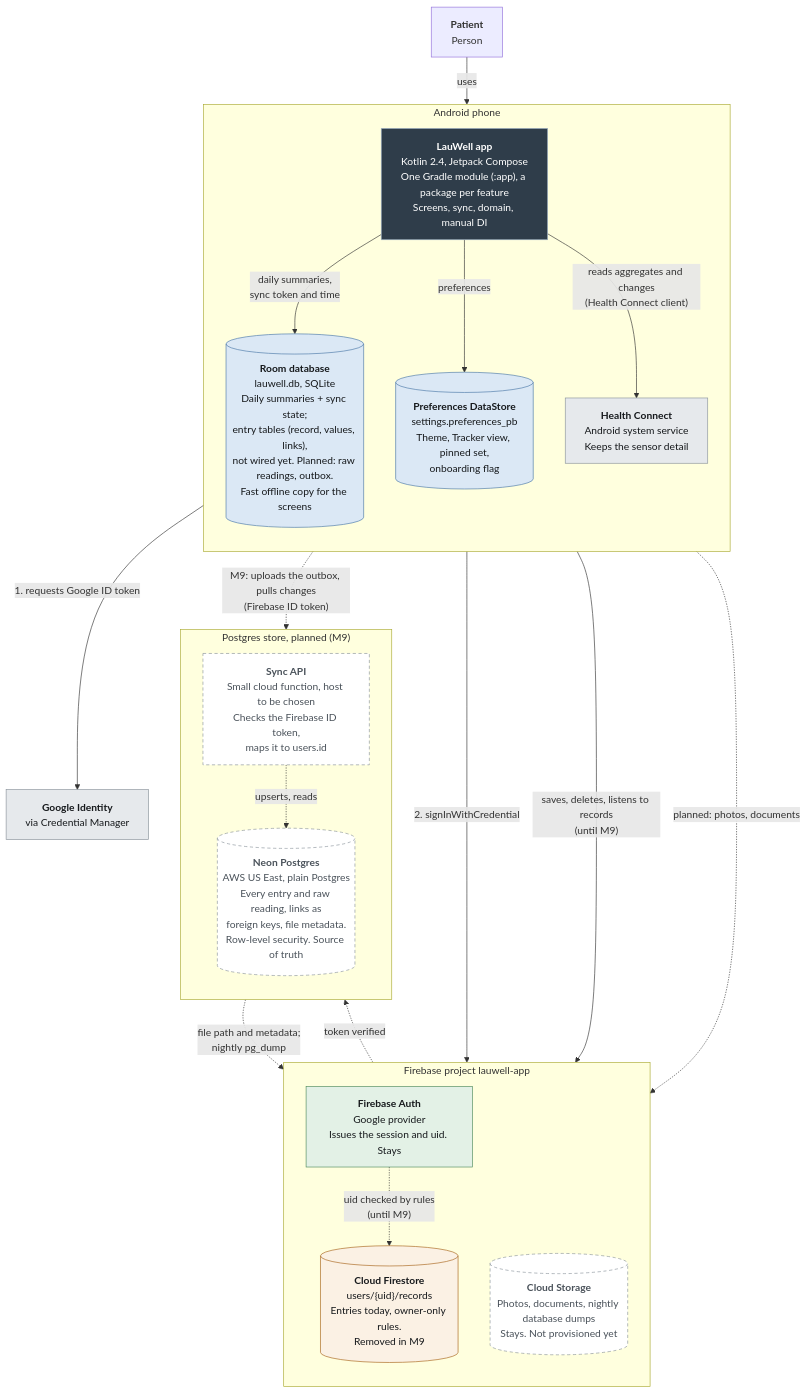
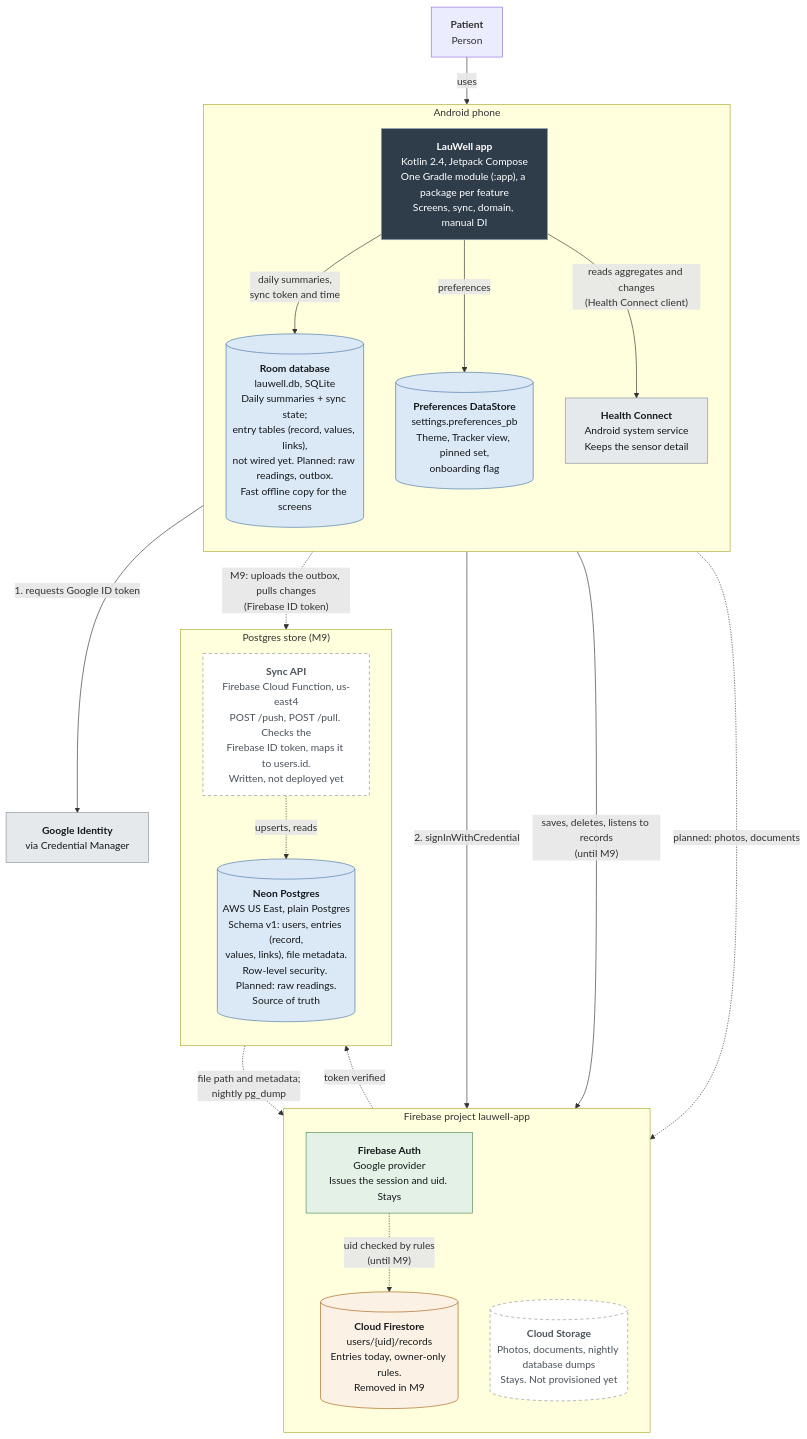
Before and after one commit to Laul/LauWell: the diagram in docs/architecture/c4/c4-2-containers.mmd, drawn with Mermaid. The commit also changed 15 other files, not shown here.

First line of the commit message:
[backend] Sync API: push and pull as a Firebase Cloud Function, tested on PGlite

```diff
--- a/docs/architecture/c4/c4-2-containers.mmd
+++ b/docs/architecture/c4/c4-2-containers.mmd
@@ -1,48 +1,48 @@
 %% C4 level 2 - Containers. Solid = built, dashed = planned, amber = built and being removed (M9).
-%% Updated 2026-11-06 for the decisions of 2026-11-04.
+%% Updated 2026-11-11: Neon provisioned with schema v1; the sync API written (backend/api), not deployed yet.
 flowchart TB
   classDef app fill:#2f3d4a,stroke:#9fb2c4,color:#ffffff
   classDef store fill:#dbe8f5,stroke:#4b78a8,color:#16191C
   classDef cloud fill:#e3f1e6,stroke:#4f8a5c,color:#16191C
   classDef ext fill:#e6e9ec,stroke:#8a939b,color:#16191C
   classDef planned fill:#ffffff,stroke:#8a939b,color:#4a525a,stroke-dasharray:5 4
   classDef retiring fill:#fbf1e4,stroke:#a8641a,color:#16191C
 
   P["<b>Patient</b><br/>Person"]
 
   subgraph PHONE["Android phone"]
     direction TB
     APP["<b>LauWell app</b><br/>Kotlin 2.4, Jetpack Compose<br/>One Gradle module (:app), a package per feature<br/>Screens, sync, domain, manual DI"]:::app
     ROOM[("<b>Room database</b><br/>lauwell.db, SQLite<br/>Daily summaries + sync state;<br/>entry tables (record, values, links),<br/>not wired yet. Planned: raw readings, outbox.<br/>Fast offline copy for the screens")]:::store
     DS[("<b>Preferences DataStore</b><br/>settings.preferences_pb<br/>Theme, Tracker view, pinned set,<br/>onboarding flag")]:::store
     HC["<b>Health Connect</b><br/>Android system service<br/>Keeps the sensor detail"]:::ext
   end
 
   subgraph FIREBASE["Firebase project lauwell-app"]
     direction TB
     AUTH["<b>Firebase Auth</b><br/>Google provider<br/>Issues the session and uid. Stays"]:::cloud
     ST[("<b>Cloud Storage</b><br/>Photos, documents, nightly database dumps<br/>Stays. Not provisioned yet")]:::planned
     FS[("<b>Cloud Firestore</b><br/>users/{uid}/records<br/>Entries today, owner-only rules.<br/>Removed in M9")]:::retiring
   end
 
-  subgraph STORE["Postgres store, planned (M9)"]
+  subgraph STORE["Postgres store (M9)"]
     direction TB
-    API["<b>Sync API</b><br/>Small cloud function, host to be chosen<br/>Checks the Firebase ID token,<br/>maps it to users.id"]:::planned
-    PG[("<b>Neon Postgres</b><br/>AWS US East, plain Postgres<br/>Every entry and raw reading, links as<br/>foreign keys, file metadata.<br/>Row-level security. Source of truth")]:::planned
+    API["<b>Sync API</b><br/>Firebase Cloud Function, us-east4<br/>POST /push, POST /pull. Checks the<br/>Firebase ID token, maps it to users.id.<br/>Written, not deployed yet"]:::planned
+    PG[("<b>Neon Postgres</b><br/>AWS US East, plain Postgres<br/>Schema v1: users, entries (record,<br/>values, links), file metadata.<br/>Row-level security. Planned: raw readings.<br/>Source of truth")]:::store
   end
 
   GI["<b>Google Identity</b><br/>via Credential Manager"]:::ext
 
   P -->|"uses"| APP
   APP -->|"daily summaries,<br/>sync token and time"| ROOM
   APP -->|"preferences"| DS
   APP -->|"reads aggregates and changes<br/>(Health Connect client)"| HC
   APP -->|"1. requests Google ID token"| GI
   APP -->|"2. signInWithCredential"| AUTH
   APP -->|"saves, deletes, listens to records<br/>(until M9)"| FS
   AUTH -.->|"uid checked by rules<br/>(until M9)"| FS
   APP -.->|"M9: uploads the outbox, pulls changes<br/>(Firebase ID token)"| API
   AUTH -.->|"token verified"| API
   API -.->|"upserts, reads"| PG
   APP -.->|"planned: photos, documents"| ST
   PG -.->|"file path and metadata;<br/>nightly pg_dump"| ST
```
